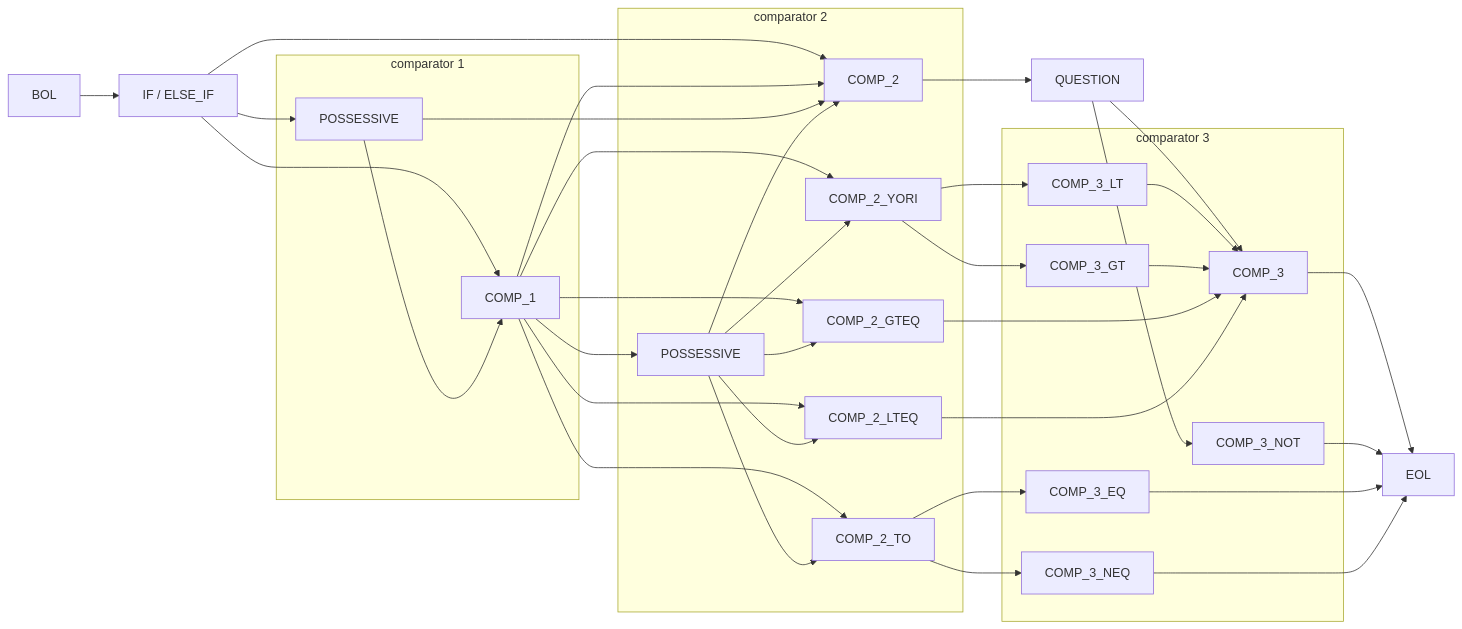
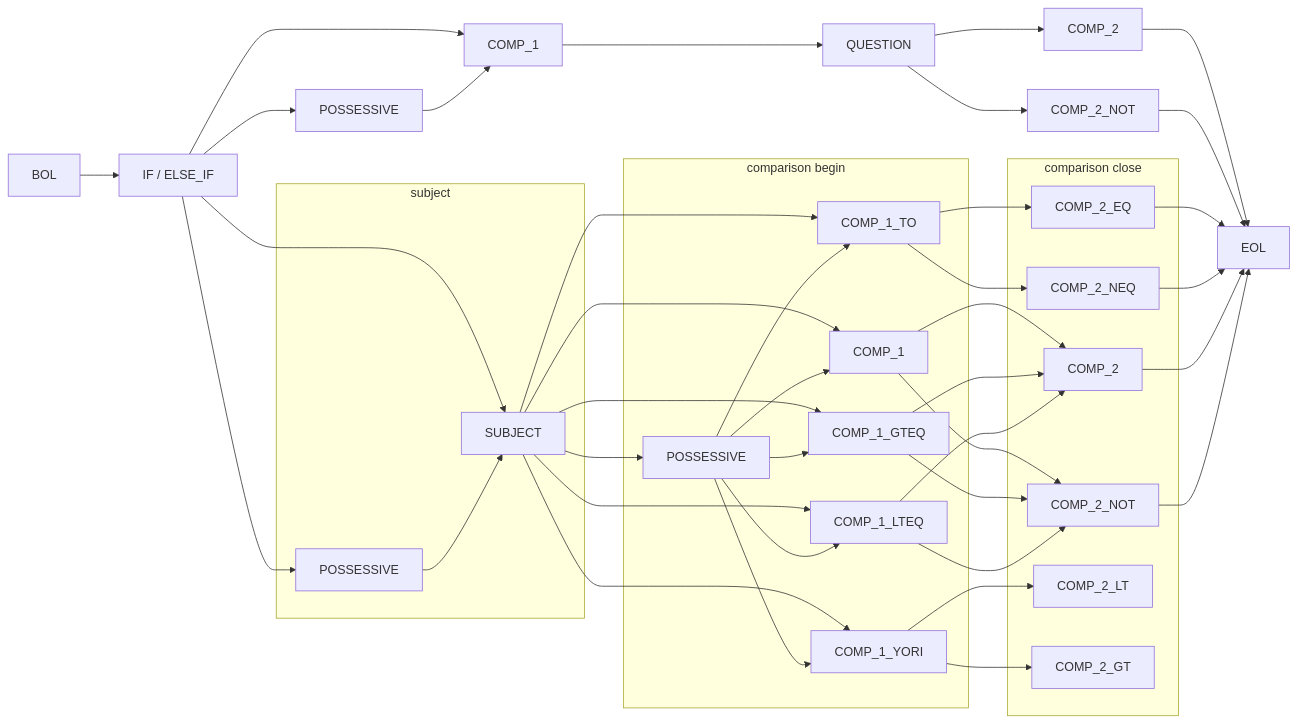
The eighth of 12 diagrams in documentation/nfsm.md (rewhowe/snapdragon), drawn with Mermaid before and after one commit. The commit also changed other lines of this file and 106 other files, not shown here.

````diff
--- a/documentation/nfsm.md
+++ b/documentation/nfsm.md
@@ -139,64 +162,74 @@
 ```mermaid
 graph LR
   BOL --> IF[IF / ELSE_IF]
 
-  IF[IF / ELSE_IF] --> COMP_1
-  IF[IF / ELSE_IF] --> COMP_2
+  IF[IF / ELSE_IF] --> SUBJECT
+  IF[IF / ELSE_IF] --> COMP_BOOL_BEGIN
+  IF[IF / ELSE_IF] --> POSSESSIVE_BOOL[POSSESSIVE]
   IF[IF / ELSE_IF] --> POSSESSIVE_1[POSSESSIVE]
 
+  SUBJECT --> COMP_1
+  SUBJECT --> COMP_1_TO
+  SUBJECT --> COMP_1_YORI
+  SUBJECT --> COMP_1_GTEQ
+  SUBJECT --> COMP_1_LTEQ
+  SUBJECT --> POSSESSIVE_2[POSSESSIVE]
+
+  POSSESSIVE_BOOL[POSSESSIVE] --> COMP_BOOL_BEGIN[COMP_1]
+  COMP_BOOL_BEGIN[COMP_1] --> QUESTION
+
+  QUESTION --> COMP_BOOL_CLOSE[COMP_2]
+  QUESTION --> COMP_BOOL_CLOSE_NOT[COMP_2_NOT]
+
+  COMP_BOOL_CLOSE[COMP_2] --> EOL
+  COMP_BOOL_CLOSE_NOT[COMP_2_NOT] --> EOL
+
   COMP_1 --> COMP_2
-  COMP_1 --> COMP_2_TO
-  COMP_1 --> COMP_2_YORI
-  COMP_1 --> COMP_2_GTEQ
-  COMP_1 --> COMP_2_LTEQ
-  COMP_1 --> POSSESSIVE_2[POSSESSIVE]
+  COMP_1 --> COMP_2_NOT
 
-  COMP_2 --> QUESTION
+  COMP_1_GTEQ --> COMP_2
+  COMP_1_GTEQ --> COMP_2_NOT
 
-  QUESTION --> COMP_3
-  QUESTION --> COMP_3_NOT
+  COMP_1_LTEQ --> COMP_2
+  COMP_1_LTEQ --> COMP_2_NOT
 
-  COMP_3 --> EOL
+  COMP_1_TO --> COMP_2_EQ
+  COMP_1_TO --> COMP_2_NEQ
 
-  COMP_3_NOT --> EOL
+  COMP_1_YORI --> COMP_2_LT
+  COMP_1_YORI --> COMP_2_GT
 
-  COMP_2_TO --> COMP_3_EQ
-  COMP_2_TO --> COMP_3_NEQ
+  COMP_2_EQ --> EOL
 
-  COMP_3_EQ --> EOL
+  COMP_2_NEQ --> EOL
 
-  COMP_3_NEQ --> EOL
+  COMP_2 --> EOL
 
-  COMP_2_YORI --> COMP_3_LT
-  COMP_2_YORI --> COMP_3_GT
+  COMP_2_NOT --> EOL
 
-  subgraph comparator 3
-    COMP_3_NOT
-
-    COMP_3_LT --> COMP_3
-
-    COMP_3_GT --> COMP_3
-
-    COMP_3_EQ
-
-    COMP_3_NEQ
+  subgraph subject
+    POSSESSIVE_1[POSSESSIVE] --> SUBJECT
   end
 
-  COMP_2_GTEQ --> COMP_3
-
-  COMP_2_LTEQ --> COMP_3
-
-  subgraph comparator 1
-    POSSESSIVE_1[POSSESSIVE] --> COMP_1
+  subgraph comparison begin
+    POSSESSIVE_2[POSSESSIVE] --> COMP_1
+    POSSESSIVE_2[POSSESSIVE] --> COMP_1_TO
+    POSSESSIVE_2[POSSESSIVE] --> COMP_1_YORI
+    POSSESSIVE_2[POSSESSIVE] --> COMP_1_GTEQ
+    POSSESSIVE_2[POSSESSIVE] --> COMP_1_LTEQ
   end
 
-  subgraph comparator 2
-    POSSESSIVE_1[POSSESSIVE] --> COMP_2
+  subgraph comparison close
+    COMP_2
 
-    POSSESSIVE_2[POSSESSIVE] --> COMP_2
-    POSSESSIVE_2[POSSESSIVE] --> COMP_2_TO
-    POSSESSIVE_2[POSSESSIVE] --> COMP_2_YORI
-    POSSESSIVE_2[POSSESSIVE] --> COMP_2_GTEQ
-    POSSESSIVE_2[POSSESSIVE] --> COMP_2_LTEQ
+    COMP_2_NOT
+
+    COMP_2_LT
+
+    COMP_2_GT
+
+    COMP_2_EQ
+
+    COMP_2_NEQ
   end
 ```
````
